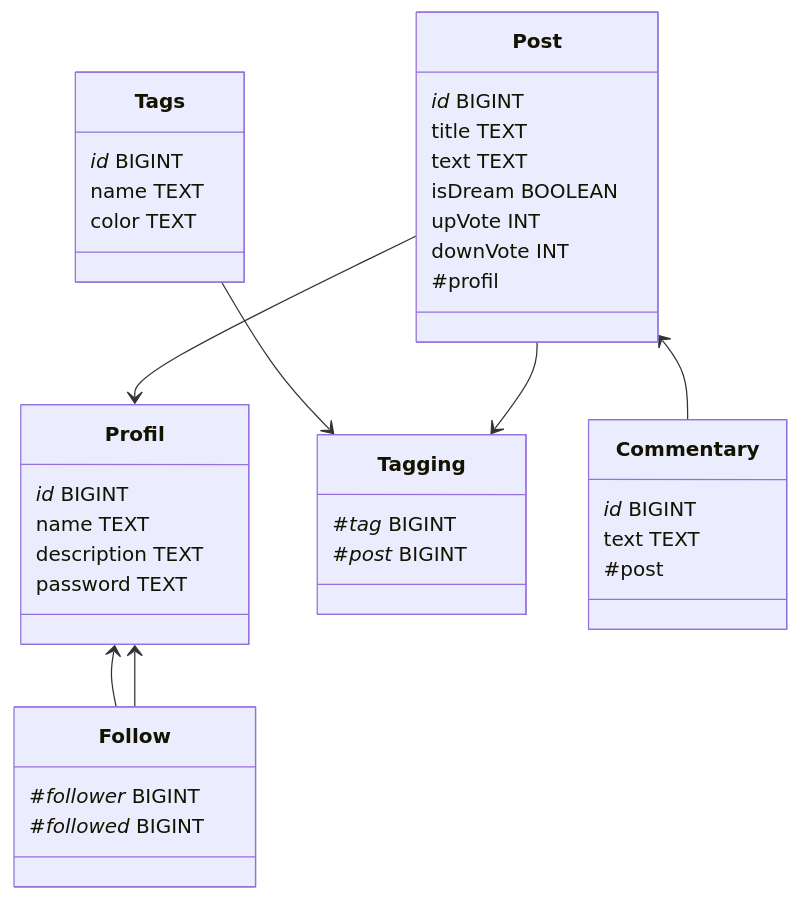
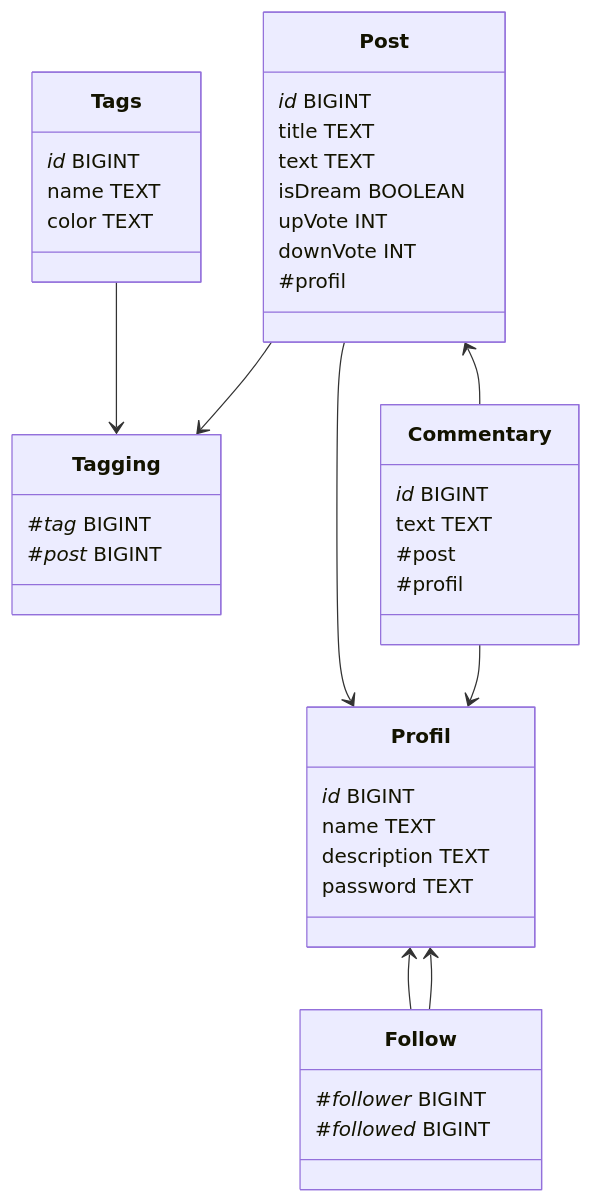
Before and after one commit to Assassymfony/Fukashitapi: the second of 2 diagrams in README.md, drawn with Mermaid. The commit also changed other lines of this file, not shown here.

Commit message:
Mise à jour de 'README.md'

````diff
--- a/README.md
+++ b/README.md
@@ -58,49 +59,51 @@
 ```mermaid
 classDiagram
     class Post{
         _id_ BIGINT
         title TEXT
         text TEXT
         isDream BOOLEAN
         upVote INT
         downVote INT
         #profil
     }
 
     class Profil{
         _id_ BIGINT
         name TEXT
         description TEXT
         password TEXT
     }
 
     class Tagging{
         #_tag_ BIGINT
         #_post_ BIGINT
     }
 
     class Tags{
         _id_ BIGINT
         name TEXT
         color TEXT
     }
 
     class Commentary{
         _id_ BIGINT
         text TEXT
         #post
+        #profil
     }
     
     class Follow{
         #_follower_ BIGINT
         #_followed_ BIGINT
     }
 
     Post  <--  Commentary 
     Post  -->  Profil
     Tags  -->  Tagging 
     Profil  <--  Follow
     Profil <-- Follow
     Post --> Tagging
+    Commentary --> Profil
 
 ```
````
